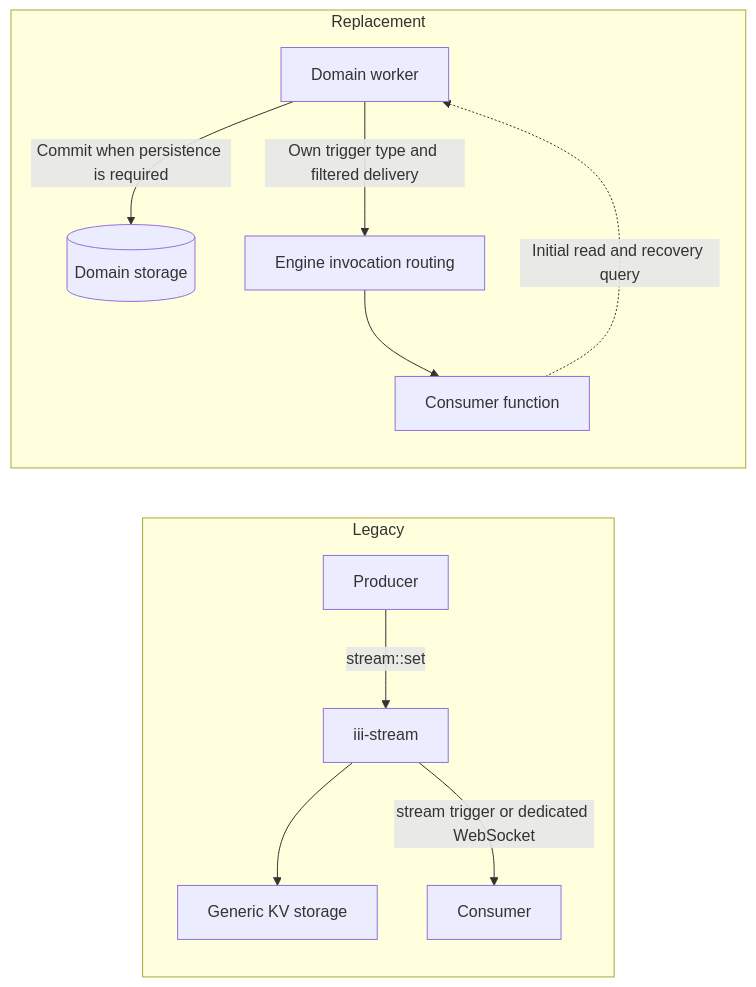
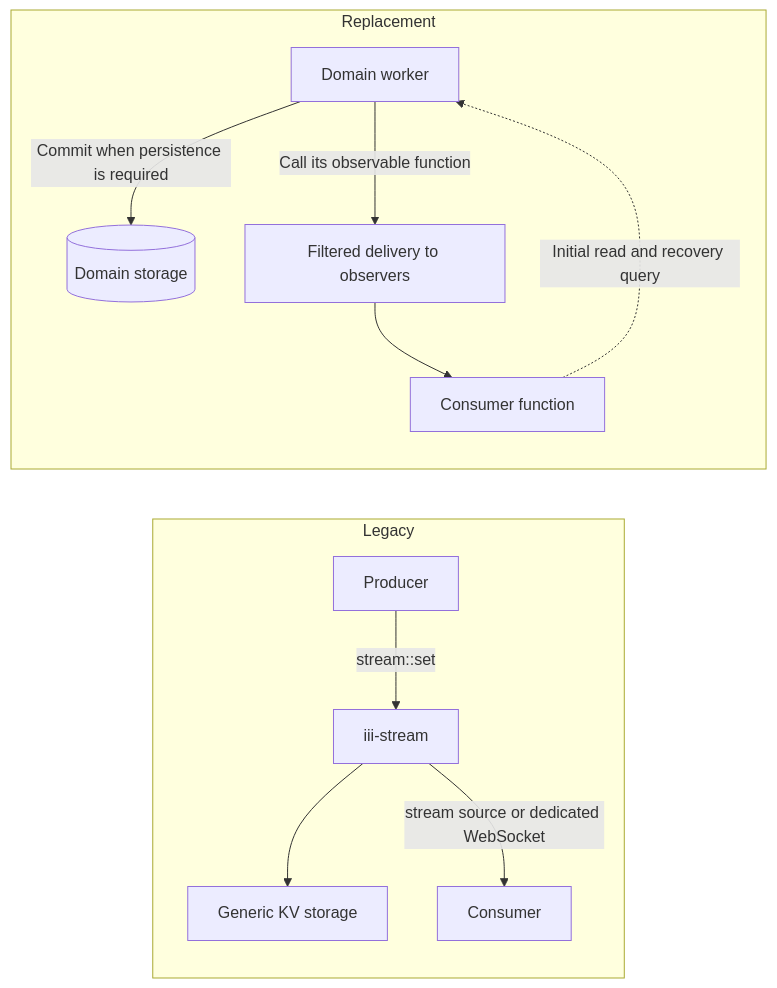
The diagram in docs/next/upgrading/migrate-from-streams.mdx (iii-hq/iii), drawn with Mermaid before and after one commit. The commit also changed other lines of this file and 177 other files, not shown here.

Commit message:
docs(observe-v2): functions, observers and call; triggers removed

````diff
--- a/docs/next/upgrading/migrate-from-streams.mdx
+++ b/docs/next/upgrading/migrate-from-streams.mdx
@@ -118,14 +114,14 @@
 ```mermaid
 flowchart LR
   subgraph Old[Legacy]
     P[Producer] -->|stream::set| S[iii-stream]
     S --> K[Generic KV storage]
-    S -->|stream trigger or dedicated WebSocket| C[Consumer]
+    S -->|stream source or dedicated WebSocket| C[Consumer]
   end
   subgraph New[Replacement]
     W[Domain worker] -->|Commit when persistence is required| D[(Domain storage)]
-    W -->|Own trigger type and filtered delivery| E[Engine invocation routing]
+    W -->|Call its observable function| E[Filtered delivery to observers]
     E --> H[Consumer function]
     H -.->|Initial read and recovery query| W
   end
 ```
````
